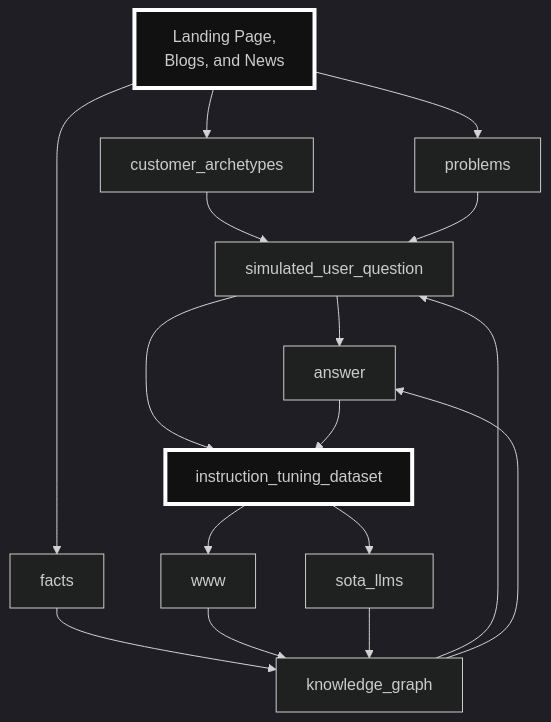
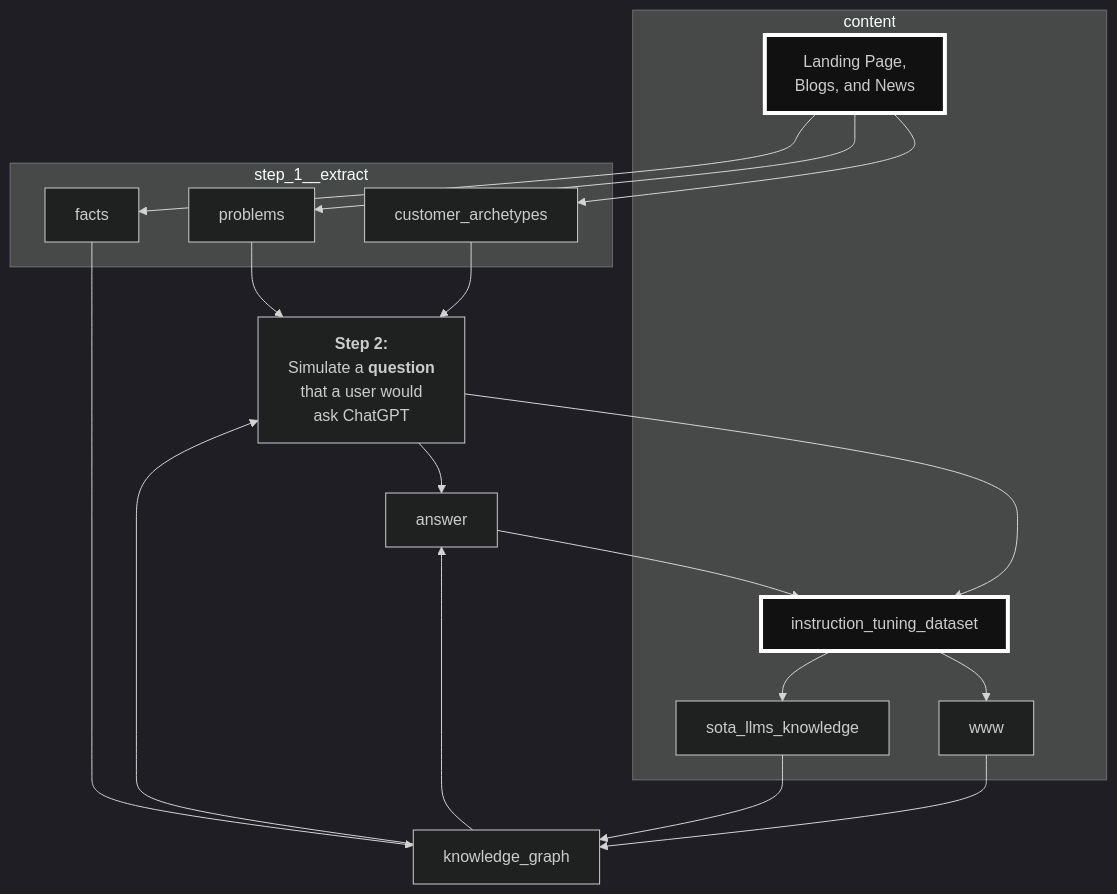
Before and after one commit to kirilligum/prls.co: the diagram in diagrams/how_genit_works.mmd, drawn with Mermaid.

Commit message:
feat: Update diagram to include content and extraction steps

```diff
--- a/diagrams/how_genit_works.mmd
+++ b/diagrams/how_genit_works.mmd
@@ -1,23 +1,37 @@
 %%{init: {'theme':'dark', 'themeVariables': {'background': '#212121'}}}%%
 graph TD
 
+subgraph content
 ai_landing_page["Landing Page,<br/>Blogs, and News"]
+www
+sota_llms_knowledge
+instruction_tuning_dataset
+end
+
+subgraph step_1__extract
+customer_archetypes
+problems
+facts
+end
+
+simulated_user_question["<b>Step 2:</b><br/>Simulate a <b>question</b><br/>that a user would<br/>ask ChatGPT"]
+
 ai_landing_page --> customer_archetypes
 ai_landing_page --> problems
 ai_landing_page --> facts
 facts --> knowledge_graph
 www --> knowledge_graph
-sota_llms --> knowledge_graph
+sota_llms_knowledge --> knowledge_graph
 customer_archetypes --> simulated_user_question
 problems --> simulated_user_question
 knowledge_graph --> simulated_user_question
 simulated_user_question --> answer
 knowledge_graph --> answer
 simulated_user_question --> instruction_tuning_dataset
 answer --> instruction_tuning_dataset
 instruction_tuning_dataset --> www
-instruction_tuning_dataset -->sota_llms
+instruction_tuning_dataset -->sota_llms_knowledge
 
 
 style ai_landing_page stroke:#ffffff,stroke-width:4px,fill:#111111
 style instruction_tuning_dataset stroke:#ffffff,stroke-width:4px,fill:#111111
```
